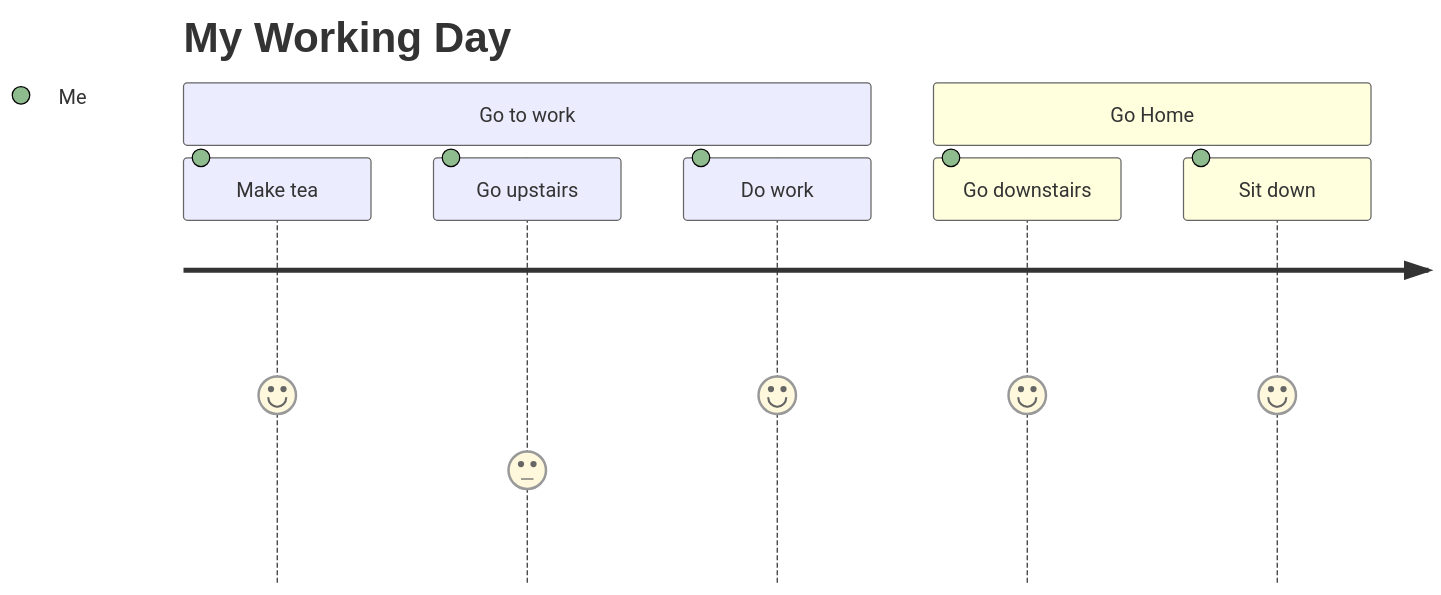
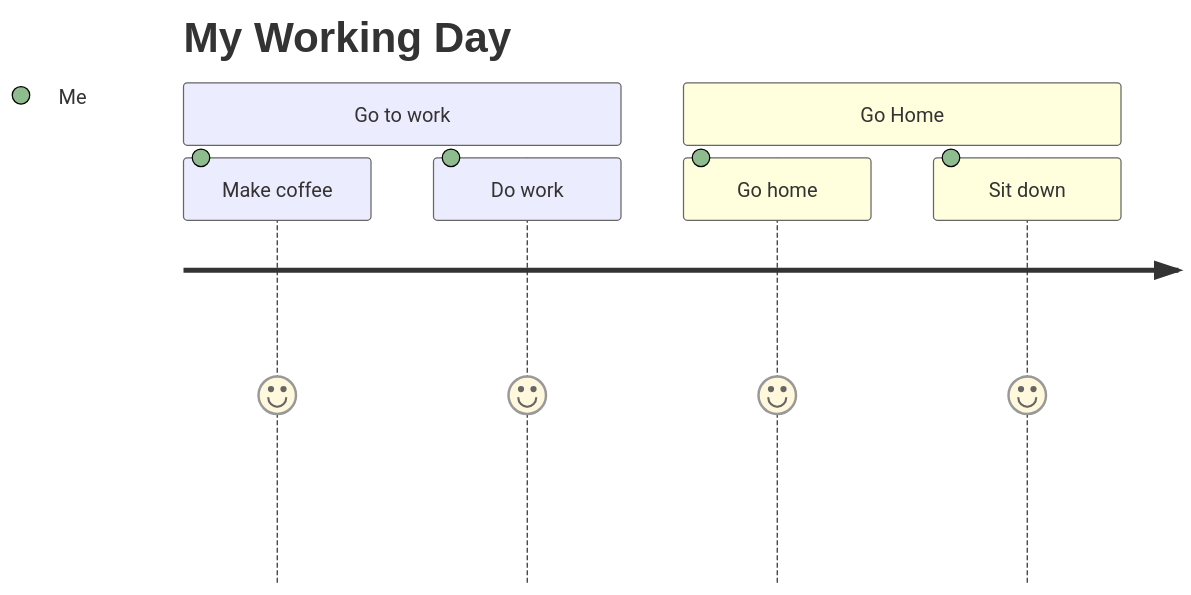
The diagram in README.md (pharry/pharry), drawn with Mermaid before and after one commit. The commit also changed other lines of this file, not shown here.

````diff
--- a/README.md
+++ b/README.md
@@ -7,11 +7,10 @@
 ```mermaid
 journey
     title My Working Day
     section Go to work
-      Make tea: 5: Me
-      Go upstairs: 3: Me
+      Make coffee: 5: Me
       Do work: 5: Me
     section Go Home
-      Go downstairs: 5: Me
+      Go home: 5: Me
       Sit down: 5: Me
 ```
````
